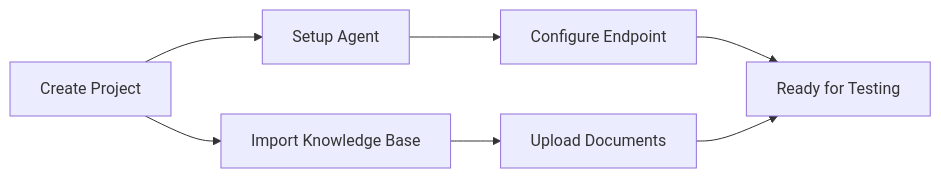
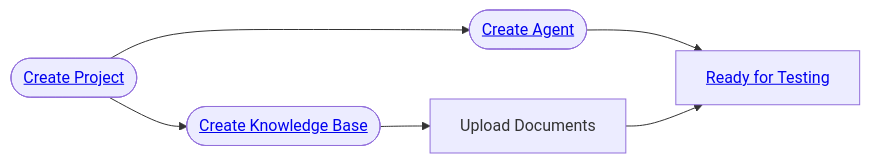
Before and after one commit to Giskard-AI/giskard-hub: the diagram in script-docs/hub/ui/setup/index.rst, drawn with Mermaid. The commit also changed 58 other files, not shown here.

```diff
--- a/script-docs/hub/ui/setup/index.rst
+++ b/script-docs/hub/ui/setup/index.rst
@@ -32,10 +32,9 @@
 .. mermaid::
    :align: center
 
    graph LR
-       A[Create Project] --> B[Setup Agent]
-       A --> C[Import Knowledge Base]
-       B --> D[Configure Endpoint]
+       A([<a href="projects.html" target="_self">Create Project</a>]) --> B([<a href="agents.html" target="_self">Create Agent</a>])
+       A --> C([<a href="knowledge_bases.html" target="_self">Create Knowledge Base</a>])
        C --> E[Upload Documents]
-       D --> F[Ready for Testing]
+       B --> F[<a href="../scan/index.html" target="_self">Ready for Testing</a>]
        E --> F
```
